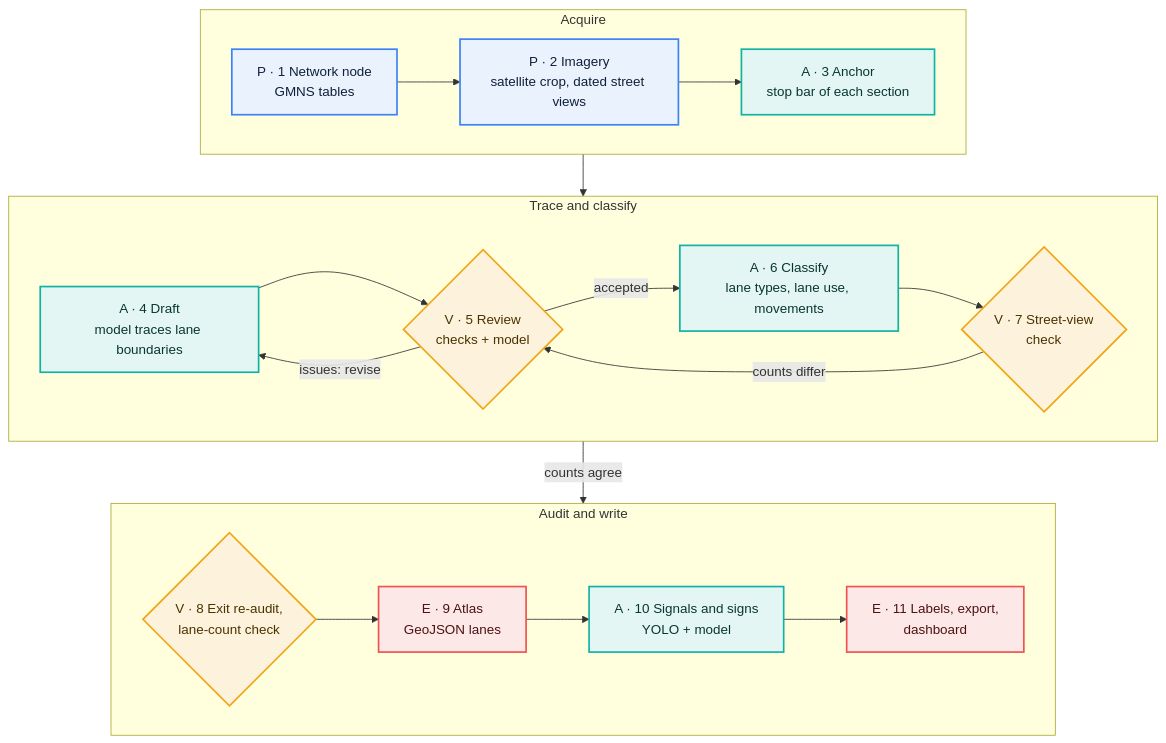
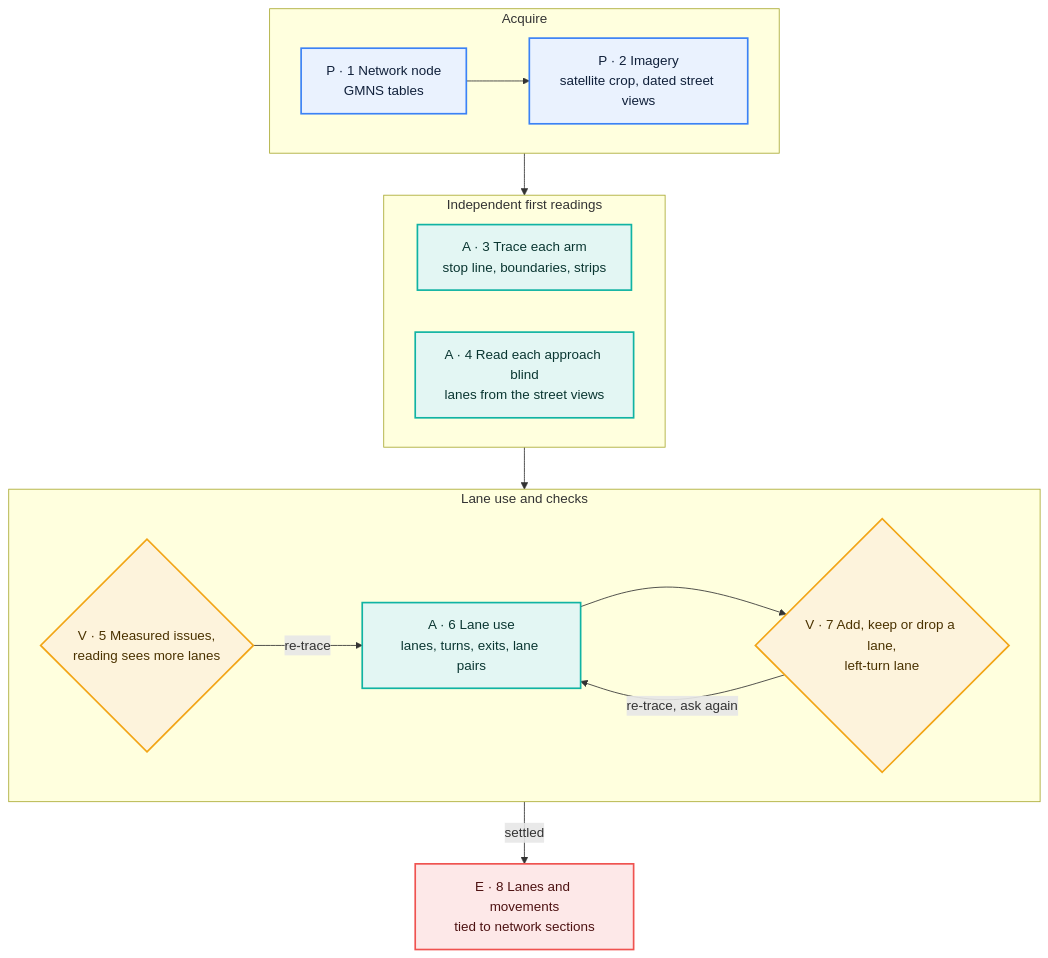
One commit to yajunliu99/pave changed the second of 3 diagrams in README.md. Above: the diagram before and after it, drawn with Mermaid. The commit also changed other lines of this file and 363 other files, not shown here.

````diff
--- a/README.md
+++ b/README.md
@@ -57,29 +57,28 @@
 ```mermaid
 flowchart TB
   subgraph R1["Acquire"]
     direction LR
-    r1["P · 1 Network node<br/>GMNS tables"] --> r2["P · 2 Imagery<br/>satellite crop, dated street views"] --> r3["A · 3 Anchor<br/>stop bar of each section"]
+    r1["P · 1 Network node<br/>GMNS tables"] --> r2["P · 2 Imagery<br/>satellite crop, dated street views"]
   end
-  subgraph R2["Trace and classify"]
+  subgraph R2["Independent first readings"]
     direction LR
-    r4["A · 4 Draft<br/>model traces lane boundaries"] --> r5{"V · 5 Review<br/>checks + model"}
-    r5 -- "issues: revise" --> r4
-    r5 -- accepted --> r6["A · 6 Classify<br/>lane types, lane use, movements"]
-    r6 --> r7{"V · 7 Street-view<br/>check"}
-    r7 -- "counts differ" --> r5
+    r3["A · 3 Trace each arm<br/>stop line, boundaries, strips"]
+    r4["A · 4 Read each approach blind<br/>lanes from the street views"]
   end
-  subgraph R3["Audit and write"]
+  subgraph R3["Lane use and checks"]
     direction LR
-    r8{"V · 8 Exit re-audit,<br/>lane-count check"} --> r9["E · 9 Atlas<br/>GeoJSON lanes"] --> r10["A · 10 Signals and signs<br/>YOLO + model"] --> r11["E · 11 Labels, export,<br/>dashboard"]
+    r5{"V · 5 Measured issues,<br/>reading sees more lanes"} -- "re-trace" --> r6["A · 6 Lane use<br/>lanes, turns, exits, lane pairs"]
+    r6 --> r7{"V · 7 Add, keep or drop a lane,<br/>left-turn lane"}
+    r7 -- "re-trace, ask again" --> r6
   end
-  R1 --> R2
-  R2 -- "counts agree" --> R3
+  R1 --> R2 --> R3
+  R3 -- "settled" --> r8["E · 8 Lanes and movements<br/>tied to network sections"]
   classDef P fill:#eaf2fe,stroke:#3b82f6,stroke-width:2px,color:#10203a
   classDef A fill:#e3f6f3,stroke:#10b3a3,stroke-width:2px,color:#0a3631
   classDef V fill:#fdf3dc,stroke:#f2a516,stroke-width:2px,color:#4a3200
   classDef E fill:#fde8e8,stroke:#ef5350,stroke-width:2px,color:#4d1212
   class r1,r2 P
-  class r3,r4,r6,r10 A
-  class r5,r7,r8 V
-  class r9,r11 E
+  class r3,r4,r6 A
+  class r5,r7 V
+  class r8 E
 ```
````
